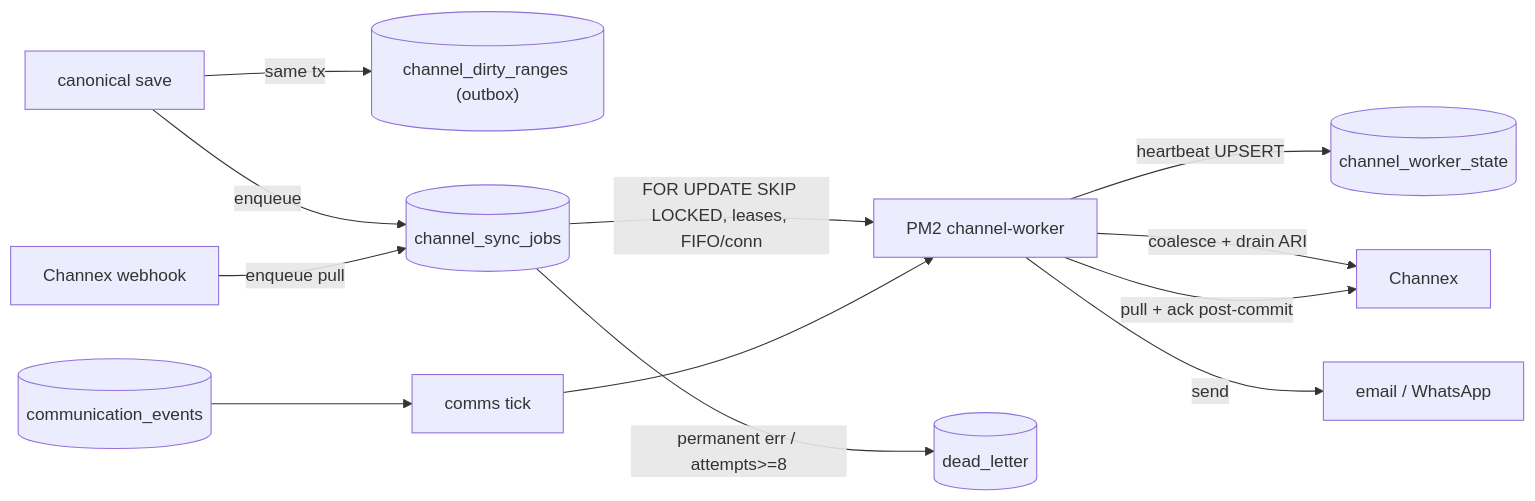
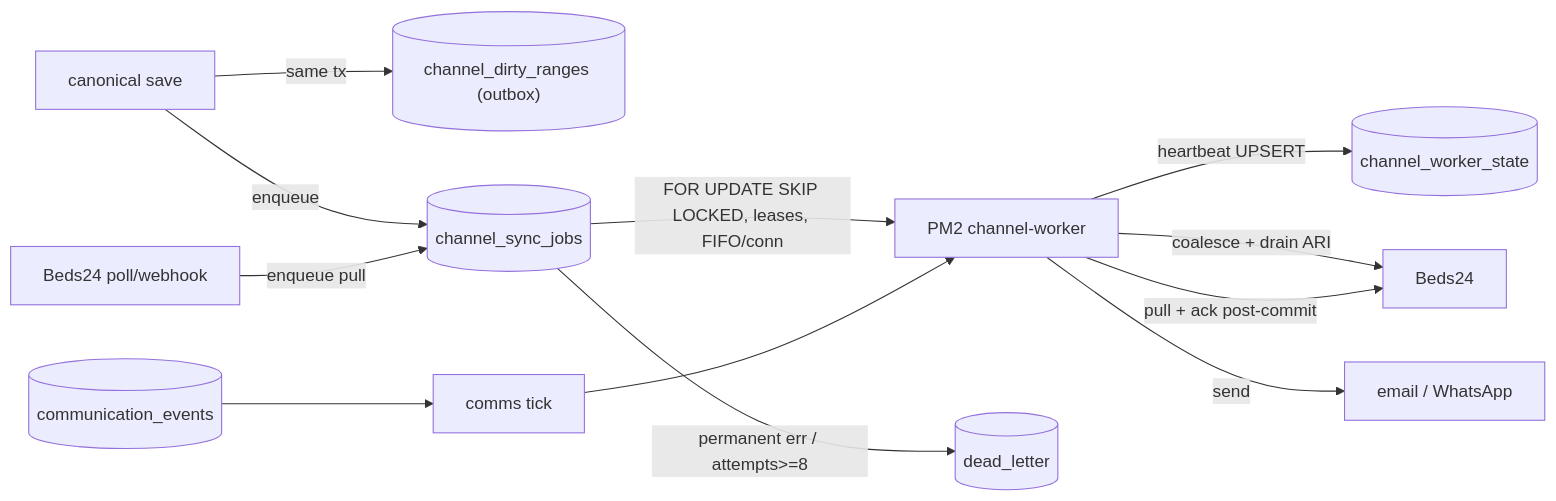
Before and after one commit to Ronus922/GuestHub: the diagram in docs/architecture/BACKGROUND_JOBS.md, drawn with Mermaid. The commit also changed other lines of this file and 43 other files, not shown here.

````diff
--- a/docs/architecture/BACKGROUND_JOBS.md
+++ b/docs/architecture/BACKGROUND_JOBS.md
@@ -48,15 +48,15 @@
 ```mermaid
 flowchart LR
     SAVE["canonical save"] -->|"same tx"| DR[("channel_dirty_ranges (outbox)")]
     SAVE -->|"enqueue"| Q[("channel_sync_jobs")]
-    WH["Channex webhook"] -->|"enqueue pull"| Q
+    WH["Beds24 poll/webhook"] -->|"enqueue pull"| Q
     EV[("communication_events")] --> Q2["comms tick"]
 
     Q -->|"FOR UPDATE SKIP LOCKED, leases, FIFO/conn"| WRK["PM2 channel-worker"]
     Q2 --> WRK
     WRK -->|"heartbeat UPSERT"| HB[("channel_worker_state")]
-    WRK -->|"coalesce + drain ARI"| CHX["Channex"]
+    WRK -->|"coalesce + drain ARI"| CHX["Beds24"]
     WRK -->|"pull + ack post-commit"| CHX
     WRK -->|"send"| MAIL["email / WhatsApp"]
     Q -->|"permanent err / attempts>=8"| DL[("dead_letter")]
 ```
````
